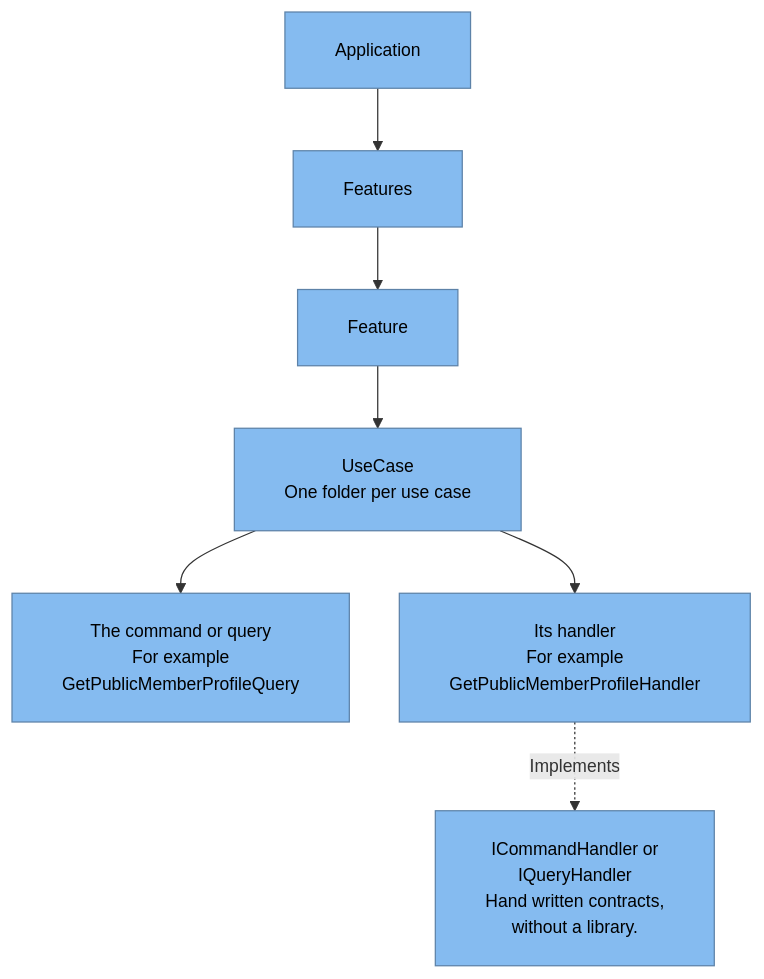
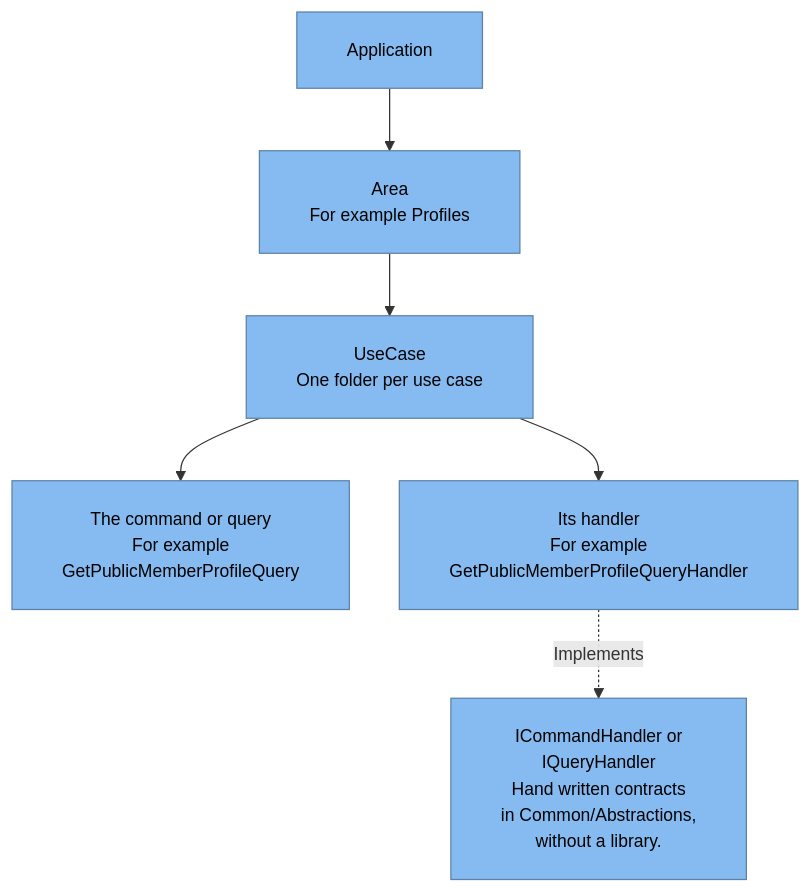
The ninth of 9 diagrams in docs/wesley/securityAndArchitecture.md (guruITA/connect-nine), drawn with Mermaid before and after one commit. The commit also changed other lines of this file and 2 other files, not shown here.

Commit message:
docs(docs): my architecture documents follow the account code of #262 (#12)

````diff
--- a/docs/wesley/securityAndArchitecture.md
+++ b/docs/wesley/securityAndArchitecture.md
@@ -708,19 +708,17 @@
 ```mermaid
 %%{init: {'flowchart': {'wrappingWidth': 220, 'padding': 20, 'nodeSpacing': 40, 'rankSpacing': 50}, 'themeVariables': {'fontSize': '14px'}}}%%
 flowchart TB
 application["Application"]
-features["Features"]
-feature["Feature"]
+area["Area<br/>For example Profiles"]
 useCase["UseCase<br/>One folder per use case"]
 query["The command or query<br/>For example<br/>GetPublicMemberProfileQuery"]
-handler["Its handler<br/>For example<br/>GetPublicMemberProfileHandler"]
-contracts["ICommandHandler or<br/>IQueryHandler<br/>Hand written contracts,<br/>without a library."]
-application --> features
-features --> feature
-feature --> useCase
+handler["Its handler<br/>For example<br/>GetPublicMemberProfileQueryHandler"]
+contracts["ICommandHandler or<br/>IQueryHandler<br/>Hand written contracts<br/>in Common/Abstractions,<br/>without a library."]
+application --> area
+area --> useCase
 useCase --> query
 useCase --> handler
 handler -.->|"Implements"| contracts
 classDef component fill:#85bbf0,color:#000000,stroke:#5d82a8
-class application,features,feature,useCase,query,handler,contracts component
+class application,area,useCase,query,handler,contracts component
 ```
````
